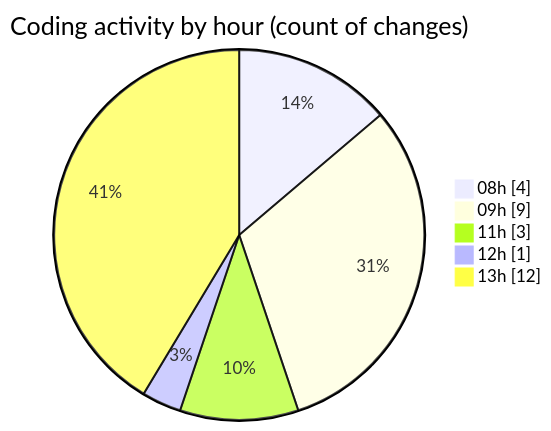
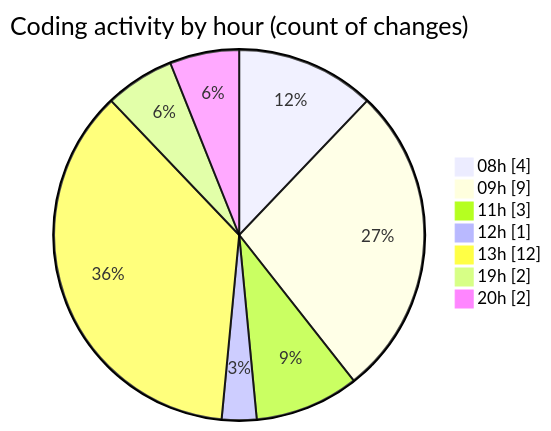
Before and after one commit to momahboobian/code-tracking: the second of 2 diagrams in 2025-05-07/samplepdf/README.md, drawn with Mermaid. The commit also changed other lines of this file and 1 other file, not shown here.

````diff
--- a/2025-05-07/samplepdf/README.md
+++ b/2025-05-07/samplepdf/README.md
@@ -36,9 +36,11 @@
 ```mermaid
 pie showData
 title Coding activity by hour (count of changes)
 "08h" : 4
 "09h" : 9
 "11h" : 3
 "12h" : 1
 "13h" : 12
+"19h" : 2
+"20h" : 2
 ```
````
